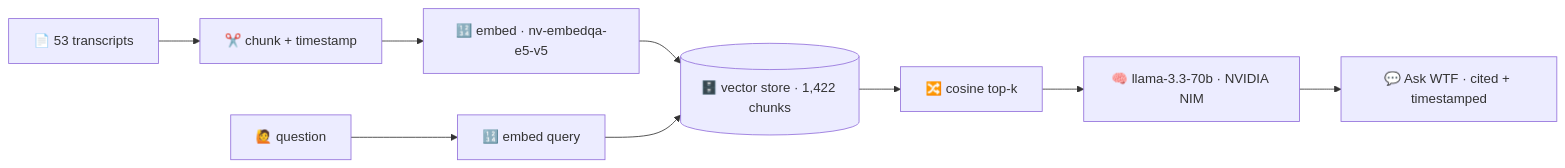
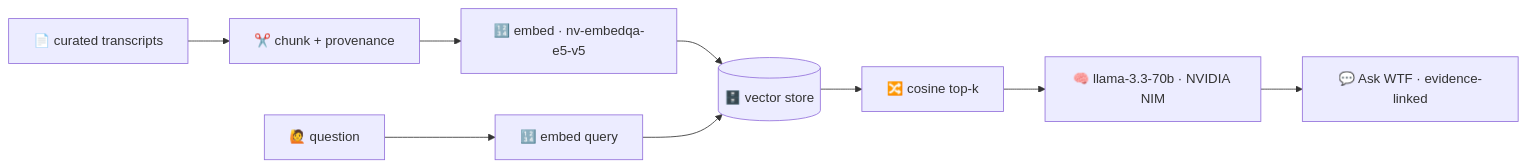
One commit to Sheshiyer/wtfmedia changed the diagram in README.md. Above: the diagram before and after it, drawn with Mermaid. The commit also changed other lines of this file and 126 other files, not shown here.

````diff
--- a/README.md
+++ b/README.md
@@ -98,11 +99,11 @@
 ```mermaid
 graph LR
-    A[📄 53 transcripts] --> B[✂️ chunk + timestamp]
+    A[📄 curated transcripts] --> B[✂️ chunk + provenance]
     B --> C[🔢 embed · nv-embedqa-e5-v5]
-    C --> D[(🗄️ vector store · 1,422 chunks)]
+    C --> D[(🗄️ vector store)]
     E[🙋 question] --> F[🔢 embed query]
     F --> D
     D --> G[🔀 cosine top-k]
     G --> H[🧠 llama-3.3-70b · NVIDIA NIM]
-    H --> I[💬 Ask WTF · cited + timestamped]
+    H --> I[💬 Ask WTF · evidence-linked]
 ```
````
